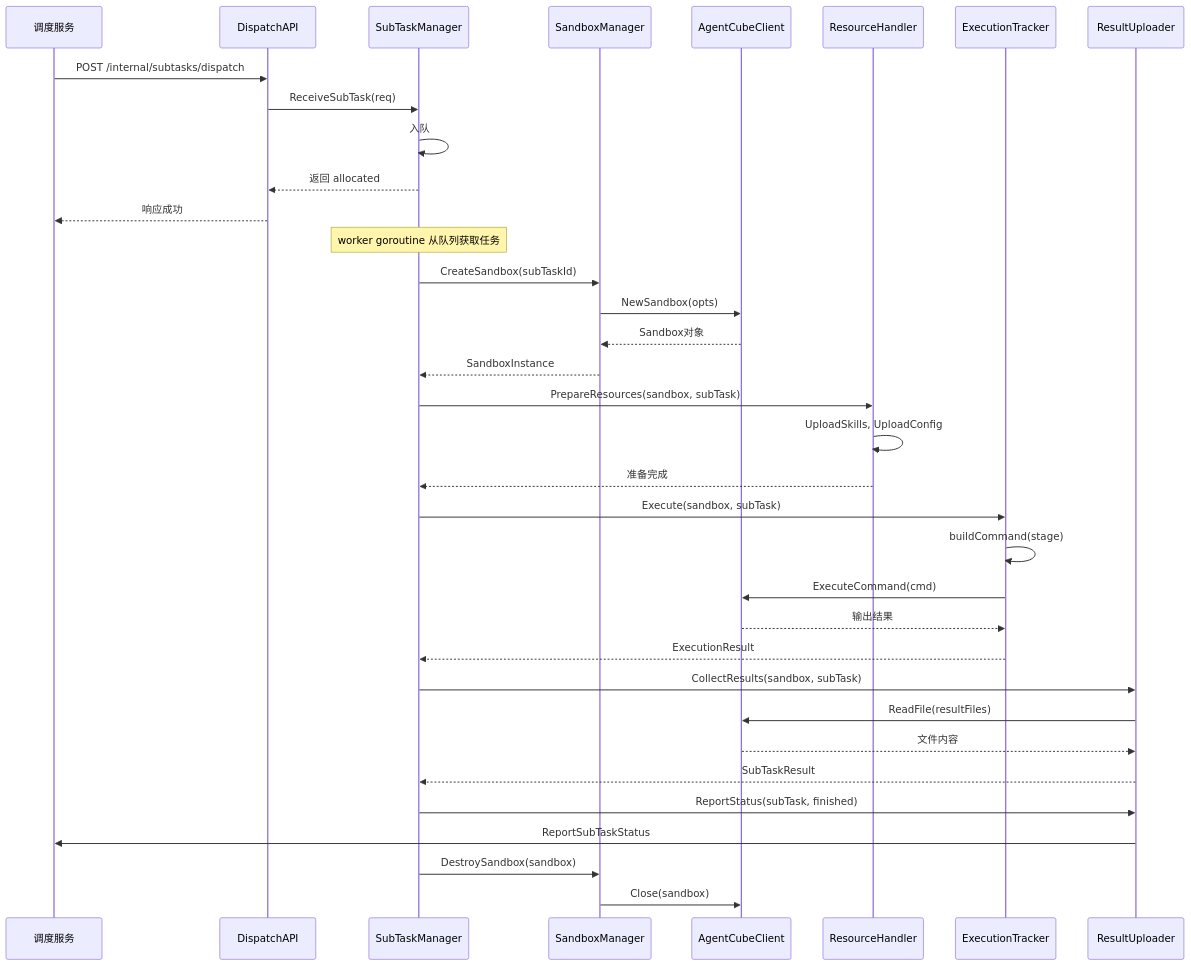
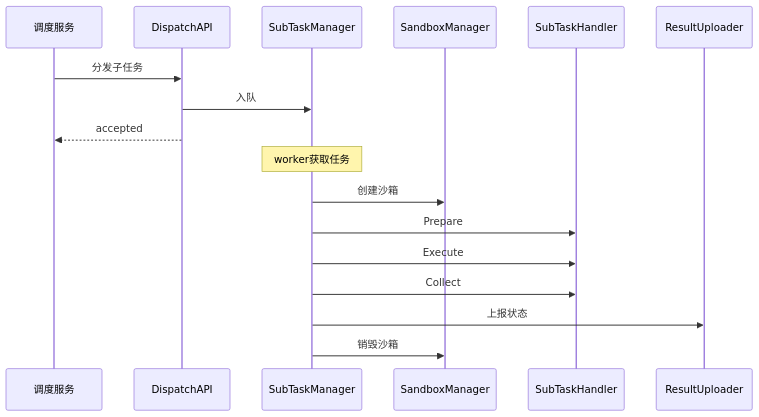
One commit to njuxumq/agent-eval-server changed the sixth of 8 diagrams in docs/designs/模块设计文档.md. Above: the diagram before and after it, drawn with Mermaid. The commit also changed other lines of this file and 15 other files, not shown here.

````diff
--- a/docs/designs/模块设计文档.md
+++ b/docs/designs/模块设计文档.md
@@ -1029,45 +440,22 @@
 ```mermaid
 sequenceDiagram
     participant Scheduler as 调度服务
     participant API as DispatchAPI
     participant Manager as SubTaskManager
-    participant SBM as SandboxManager
-    participant AC as AgentCubeClient
-    participant RH as ResourceHandler
-    participant ET as ExecutionTracker
-    participant RU as ResultUploader
+    participant Sandbox as SandboxManager
+    participant Handler as SubTaskHandler
+    participant Uploader as ResultUploader
 
-    Scheduler->>API: POST /internal/subtasks/dispatch
-    API->>Manager: ReceiveSubTask(req)
-    Manager->>Manager: 入队
-    Manager-->>API: 返回 allocated
-    API-->>Scheduler: 响应成功
+    Scheduler->>API: 分发子任务
+    API->>Manager: 入队
+    API-->>Scheduler: accepted
 
-    Note over Manager: worker goroutine 从队列获取任务
+    Note over Manager: worker获取任务
 
-    Manager->>SBM: CreateSandbox(subTaskId)
-    SBM->>AC: NewSandbox(opts)
-    AC-->>SBM: Sandbox对象
-    SBM-->>Manager: SandboxInstance
-
-    Manager->>RH: PrepareResources(sandbox, subTask)
-    RH->>RH: UploadSkills, UploadConfig
-    RH-->>Manager: 准备完成
-
-    Manager->>ET: Execute(sandbox, subTask)
-    ET->>ET: buildCommand(stage)
-    ET->>AC: ExecuteCommand(cmd)
-    AC-->>ET: 输出结果
-    ET-->>Manager: ExecutionResult
-
-    Manager->>RU: CollectResults(sandbox, subTask)
-    RU->>AC: ReadFile(resultFiles)
-    AC-->>RU: 文件内容
-    RU-->>Manager: SubTaskResult
-
-    Manager->>RU: ReportStatus(subTask, finished)
-    RU->>Scheduler: ReportSubTaskStatus
-
-    Manager->>SBM: DestroySandbox(sandbox)
-    SBM->>AC: Close(sandbox)
+    Manager->>Sandbox: 创建沙箱
+    Manager->>Handler: Prepare
+    Manager->>Handler: Execute
+    Manager->>Handler: Collect
+    Manager->>Uploader: 上报状态
+    Manager->>Sandbox: 销毁沙箱
 ```
````
